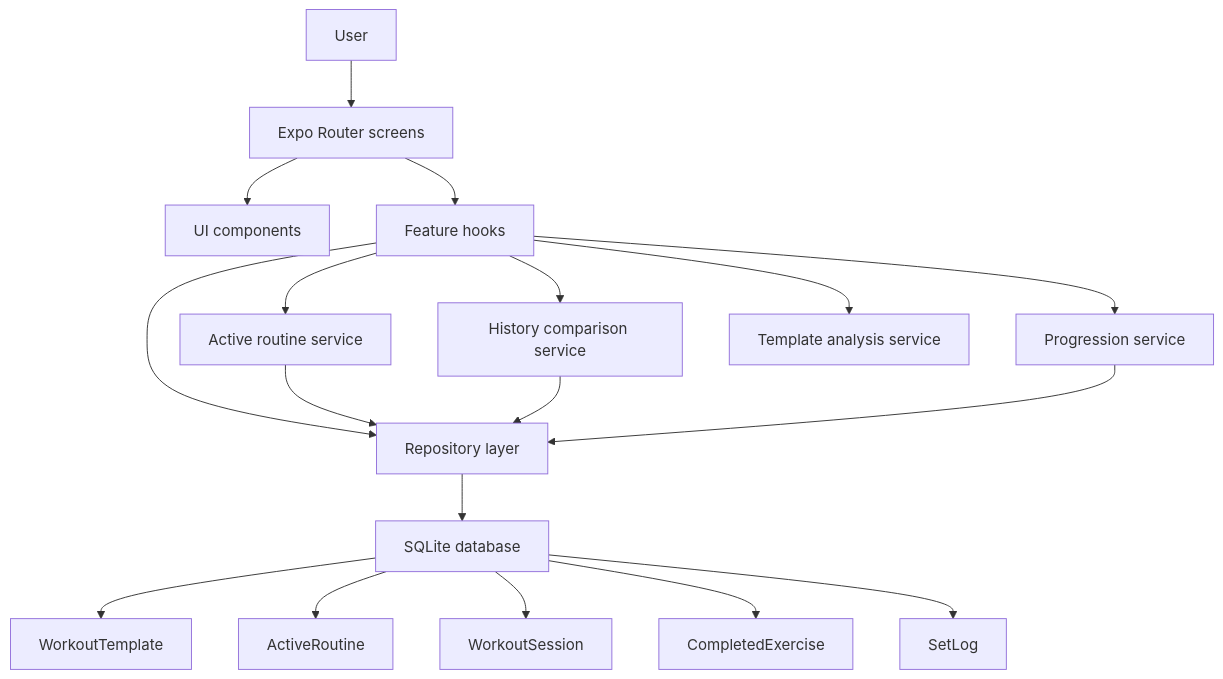
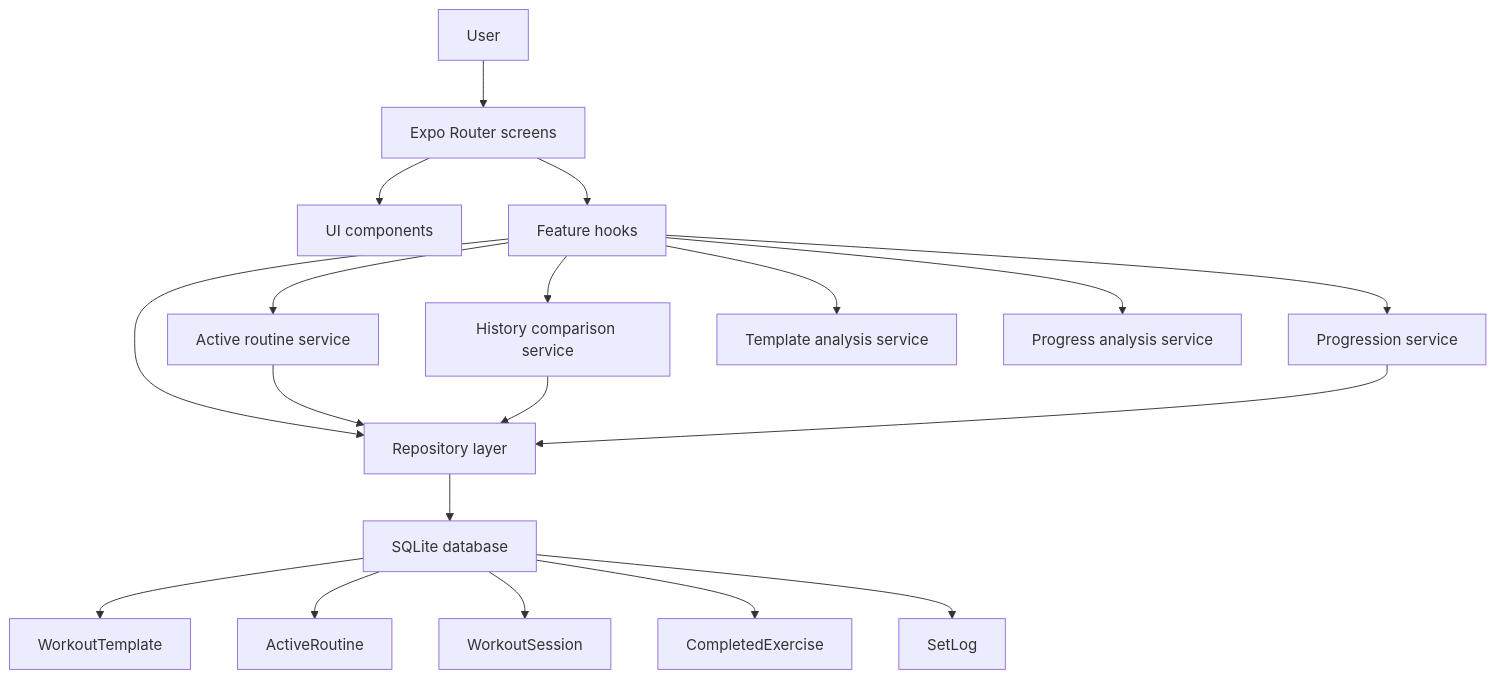
Before and after one commit to KadeKorn/Hit-LogV2: the diagram in ARCHITECTURE.md, drawn with Mermaid. The commit also changed other lines of this file and 10 other files, not shown here.

````diff
--- a/ARCHITECTURE.md
+++ b/ARCHITECTURE.md
@@ -54,20 +54,21 @@
 ```mermaid
 flowchart TD
     User[User] --> Screens[Expo Router screens]
     Screens --> Components[UI components]
     Screens --> Hooks[Feature hooks]
     Hooks --> ActiveRoutineService[Active routine service]
     Hooks --> HistoryService[History comparison service]
     Hooks --> ProgressionService[Progression service]
     Hooks --> TemplateAnalysisService[Template analysis service]
+    Hooks --> ProgressAnalysisService[Progress analysis service]
     Hooks --> Repositories[Repository layer]
     ActiveRoutineService --> Repositories
     HistoryService --> Repositories
     ProgressionService --> Repositories
     Repositories --> SQLite[SQLite database]
     SQLite --> Templates[WorkoutTemplate]
     SQLite --> ActiveRoutine[ActiveRoutine]
     SQLite --> Sessions[WorkoutSession]
     SQLite --> Completed[CompletedExercise]
     SQLite --> Sets[SetLog]
 ```
````
